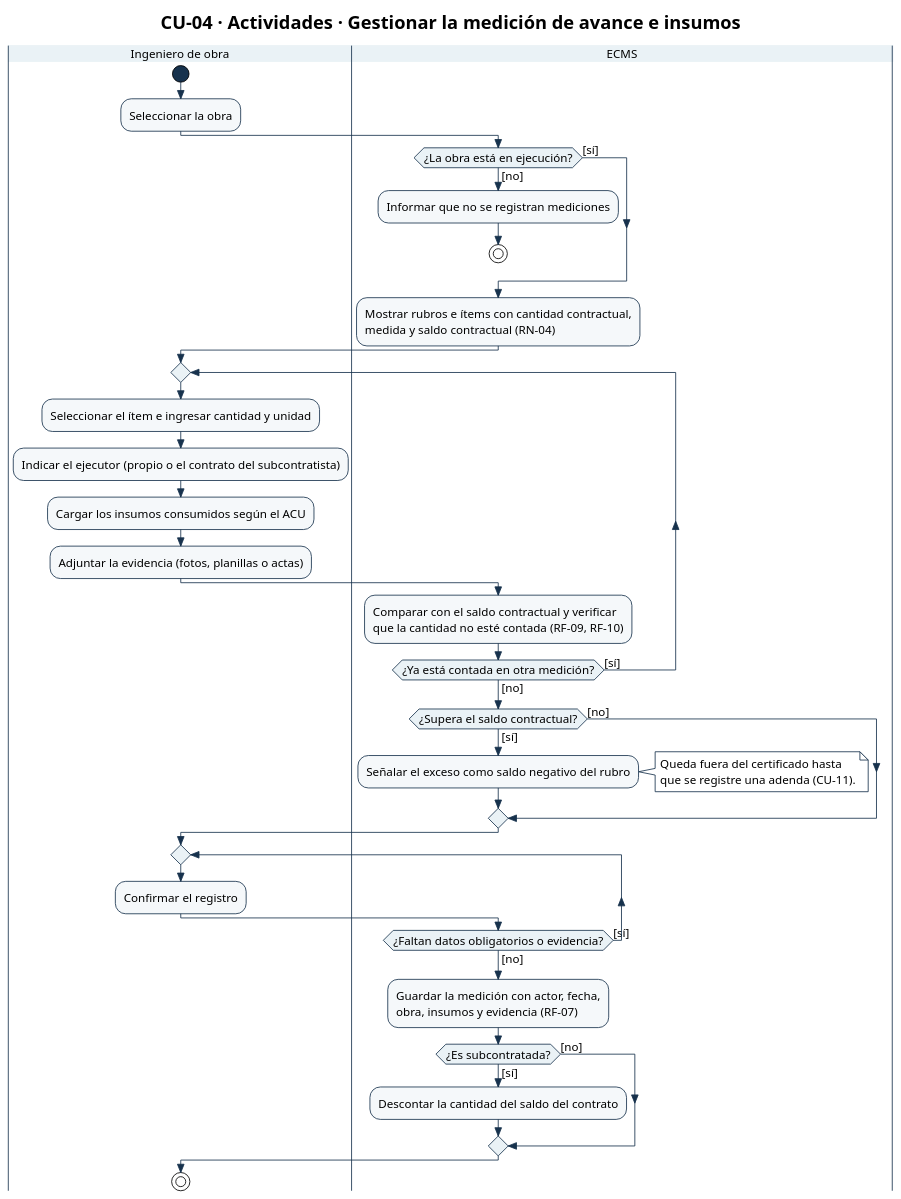
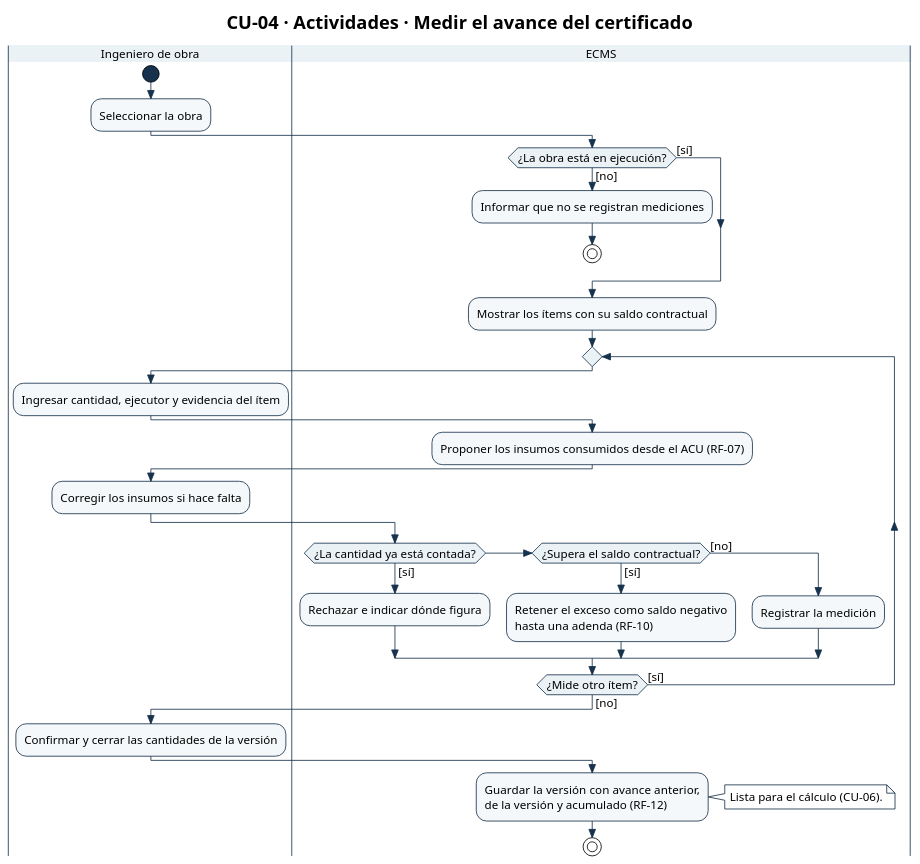
One commit to Ssrrb/tpf-uca changed the diagram in diagramas/CU-04-actividades.puml. Above: the diagram before and after it, drawn with PlantUML. The commit also changed 40 other files, not shown here.

First line of the commit message:
Modelo de Análisis v9: reduce los casos de uso con Pareto y quita las reglas de negocio

```diff
--- a/diagramas/CU-04-actividades.puml
+++ b/diagramas/CU-04-actividades.puml
@@ -1,78 +1,72 @@
 @startuml
 !theme plain
 skinparam style strictuml
 skinparam shadowing false
 skinparam defaultFontName Arial
 skinparam defaultFontSize 14
 skinparam ArrowColor #17324D
 skinparam activity {
   StartColor #17324D
   EndColor #17324D
   BarColor #17324D
   BackgroundColor #F5F8FA
   BorderColor #17324D
   DiamondBackgroundColor #EAF2F6
   DiamondBorderColor #17324D
 }
 skinparam swimlane {
   BorderColor #17324D
   TitleBackgroundColor #EAF2F6
 }
 skinparam state {
   StartColor #17324D
   EndColor #17324D
   BackgroundColor #F5F8FA
   BorderColor #17324D
 }
 skinparam package {
   BackgroundColor #EAF2F6
   BorderColor #17324D
 }
 skinparam note {
   BackgroundColor #FFFFFF
   BorderColor #17324D
 }
-title CU-04 · Actividades · Gestionar la medición de avance e insumos
+title CU-04 · Actividades · Medir el avance del certificado
 |Ingeniero de obra|
 start
 :Seleccionar la obra;
 |ECMS|
 if (¿La obra está en ejecución?) then ([no])
   :Informar que no se registran mediciones;
   stop
 else ([sí])
 endif
-:Mostrar rubros e ítems con cantidad contractual,
-medida y saldo contractual (RN-04);
+:Mostrar los ítems con su saldo contractual;
+repeat
+  |Ingeniero de obra|
+  :Ingresar cantidad, ejecutor y evidencia del ítem;
+  |ECMS|
+  :Proponer los insumos consumidos desde el ACU (RF-07);
+  |Ingeniero de obra|
+  :Corregir los insumos si hace falta;
+  |ECMS|
+  if (¿La cantidad ya está contada?) then ([sí])
+    :Rechazar e indicar dónde figura;
+  elseif (¿Supera el saldo contractual?) then ([sí])
+    :Retener el exceso como saldo negativo
+    hasta una adenda (RF-10);
+  else ([no])
+    :Registrar la medición;
+  endif
+repeat while (¿Mide otro ítem?) is ([sí]) not ([no])
 |Ingeniero de obra|
-repeat
-  :Seleccionar el ítem e ingresar cantidad y unidad;
-  :Indicar el ejecutor (propio o el contrato del subcontratista);
-  :Cargar los insumos consumidos según el ACU;
-  :Adjuntar la evidencia (fotos, planillas o actas);
-  |ECMS|
-  :Comparar con el saldo contractual y verificar
-  que la cantidad no esté contada (RF-09, RF-10);
-repeat while (¿Ya está contada en otra medición?) is ([sí]) not ([no])
-if (¿Supera el saldo contractual?) then ([sí])
-  :Señalar el exceso como saldo negativo del rubro;
-  note right
-    Queda fuera del certificado hasta
-    que se registre una adenda (CU-11).
-  end note
-else ([no])
-endif
-|Ingeniero de obra|
-repeat
-  :Confirmar el registro;
-  |ECMS|
-repeat while (¿Faltan datos obligatorios o evidencia?) is ([sí]) not ([no])
-:Guardar la medición con actor, fecha,
-obra, insumos y evidencia (RF-07);
-if (¿Es subcontratada?) then ([sí])
-  :Descontar la cantidad del saldo del contrato;
-else ([no])
-endif
-|Ingeniero de obra|
+:Confirmar y cerrar las cantidades de la versión;
+|ECMS|
+:Guardar la versión con avance anterior,
+de la versión y acumulado (RF-12);
+note right
+  Lista para el cálculo (CU-06).
+end note
 stop
 @enduml
```
